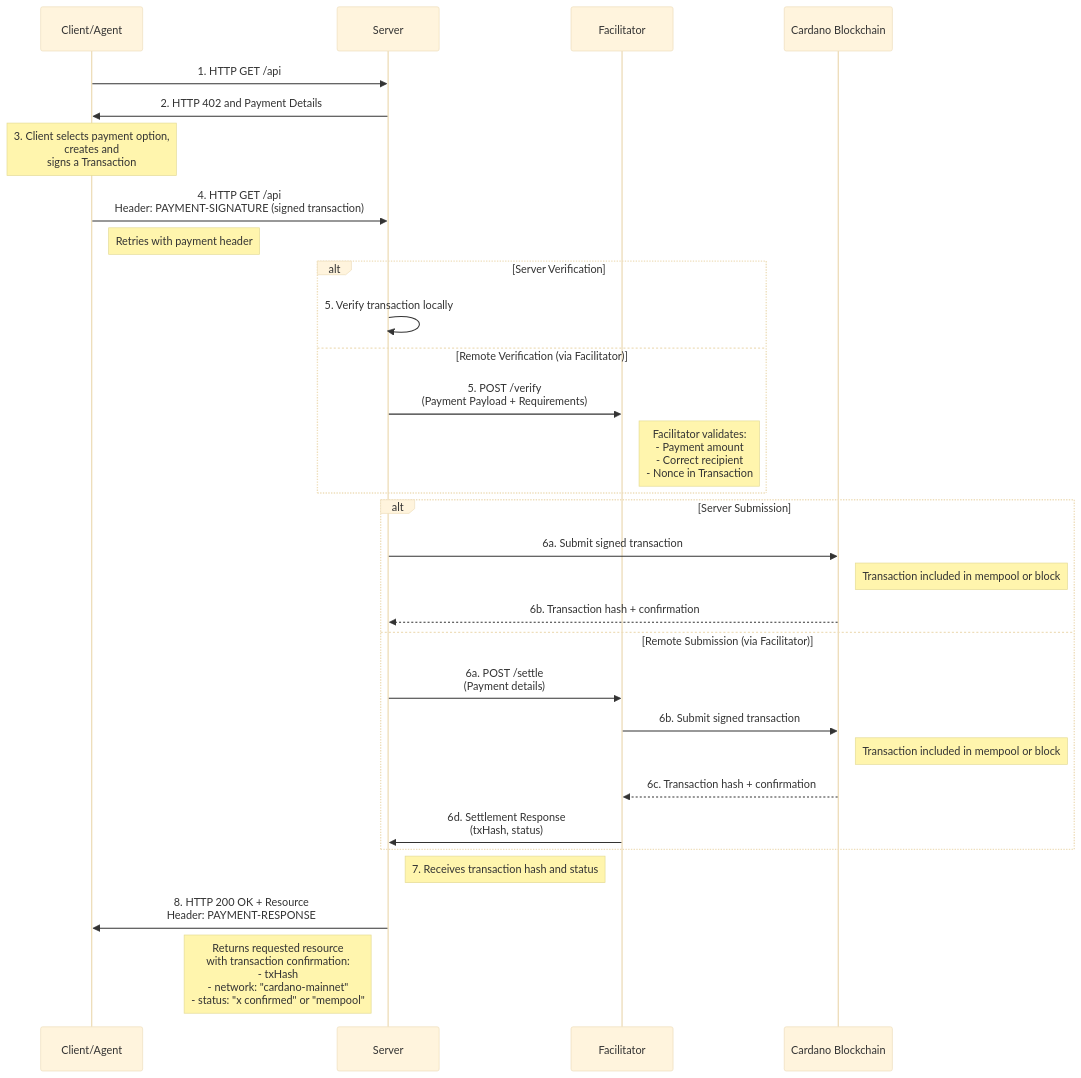
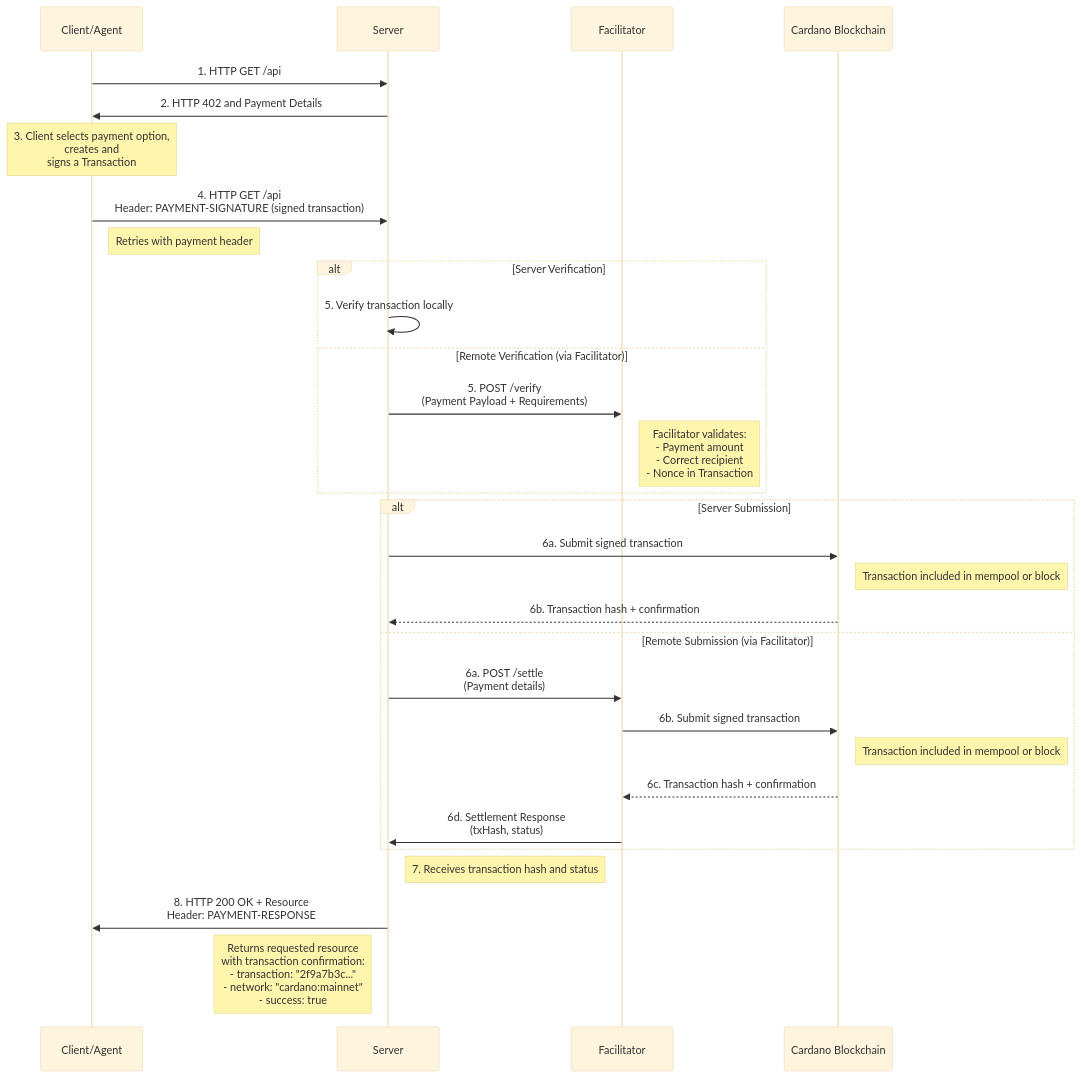
The diagram in specs/schemes/exact/scheme_exact_cardano.md (coinbase/x402), drawn with Mermaid (base theme) before and after one commit.

Commit message:
chore: update mermaid diagram for x402 v2

````diff
--- a/specs/schemes/exact/scheme_exact_cardano.md
+++ b/specs/schemes/exact/scheme_exact_cardano.md
@@ -16,47 +16,47 @@
 ```mermaid
 sequenceDiagram
     participant Client as Client/Agent
     participant Server as Server
     participant Facilitator as Facilitator
     participant Cardano as Cardano Blockchain
 
     %% Initial Request
     Client->>Server: 1. HTTP GET /api
 
     %% Payment Required Response
     Server->>Client: 2. HTTP 402 and Payment Details
 
     %% Client Prepares Payment
     Note over Client: 3. Client selects payment option,<br/>creates and <br/> signs a Transaction
 
     %% Request with Payment
     Client->>Server: 4. HTTP GET /api<br/>Header: PAYMENT-SIGNATURE (signed transaction)
     Note right of Client: Retries with payment header
 
     %% Server Verification
     alt Server Verification
         Server->>Server: 5. Verify transaction locally
     else Remote Verification (via Facilitator)
         Server->>Facilitator: 5. POST /verify<br/>(Payment Payload + Requirements)
         Note right of Facilitator: Facilitator validates:<br/>- Payment amount<br/>- Correct recipient<br/>- Nonce in Transaction
     end
 
     %% Server Verification
     alt Server Submission
         Server->>Cardano: 6a. Submit signed transaction
         Note right of Cardano: Transaction included in mempool or block
         Cardano-->>Server: 6b. Transaction hash + confirmation
     else Remote Submission (via Facilitator)
       Server->>Facilitator: 6a. POST /settle<br/>(Payment details)
       Facilitator->>Cardano: 6b. Submit signed transaction
       Note right of Cardano: Transaction included in mempool or block
       Cardano-->>Facilitator: 6c. Transaction hash + confirmation
       Facilitator->>Server: 6d. Settlement Response<br/>(txHash, status)
     end
 
     Note right of Server: 7. Receives transaction hash and status
 
     %% Final Response
     Server->>Client: 8. HTTP 200 OK + Resource<br/>Header: PAYMENT-RESPONSE
-    Note left of Server: Returns requested resource<br/>with transaction confirmation:<br/>- txHash<br/>- network: "cardano-mainnet"<br/>- status: "x confirmed" or "mempool"
+    Note left of Server: Returns requested resource<br/>with transaction confirmation:<br/>- transaction: "2f9a7b3c..."<br/>- network: "cardano:mainnet"<br/>- success: true
 ```
````
